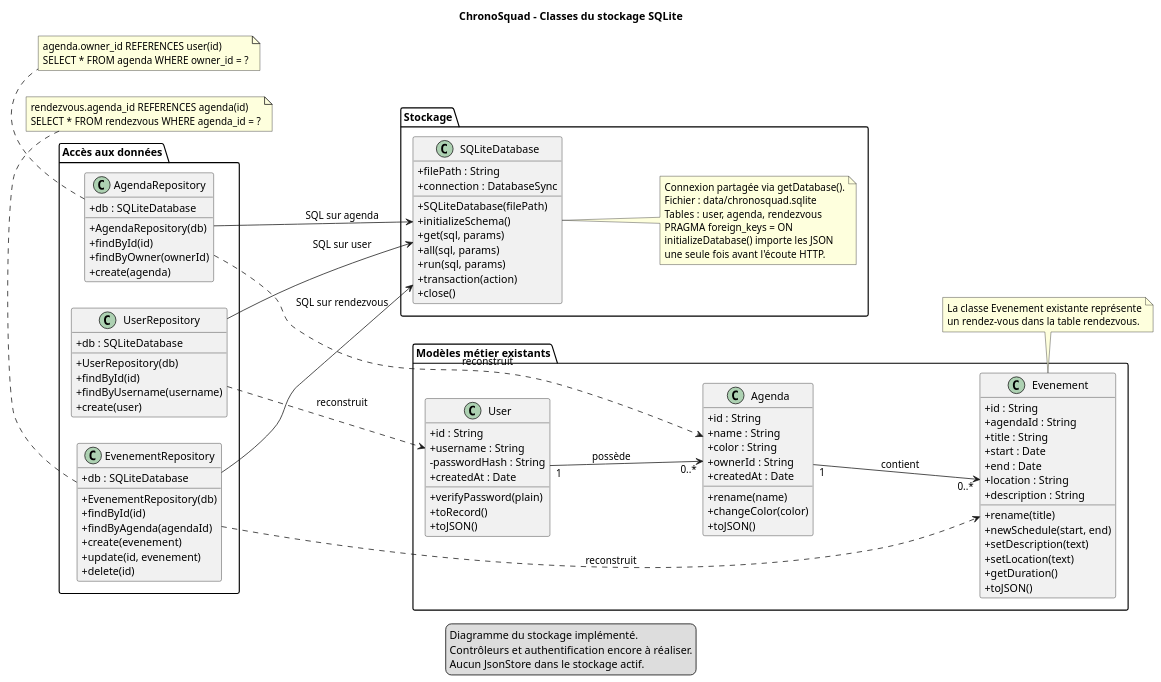
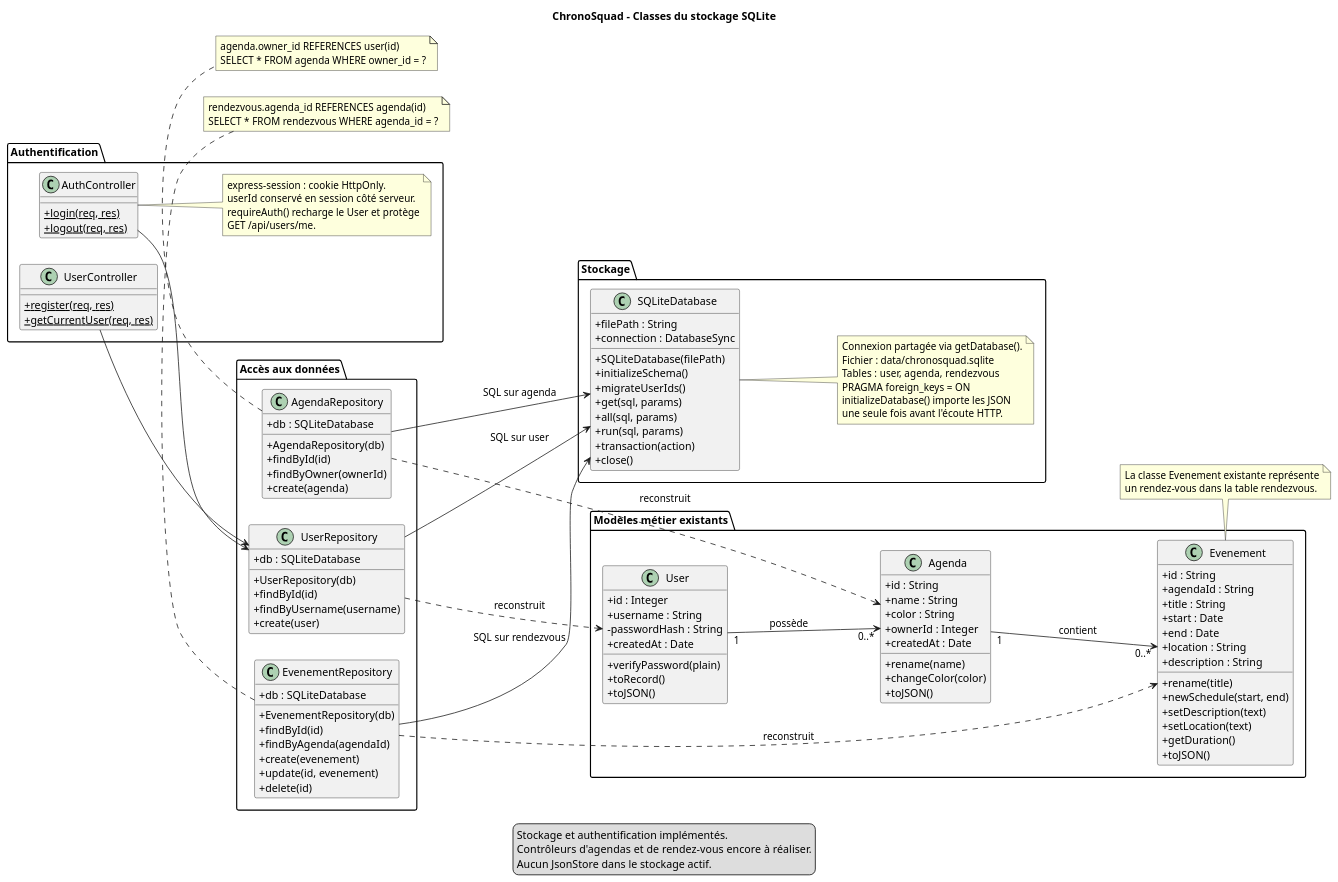
One commit to mbianytabs/ACL2026-ChronoSquad changed the diagram in docs/sprint0/classes-sqlite.puml. Above: the diagram before and after it, drawn with PlantUML. The commit also changed 22 other files, not shown here.

```diff
--- a/docs/sprint0/classes-sqlite.puml
+++ b/docs/sprint0/classes-sqlite.puml
@@ -1,117 +1,136 @@
 @startuml
 title ChronoSquad - Classes du stockage SQLite
 left to right direction
 skinparam classAttributeIconSize 0
 
 package "Modèles métier existants" {
     class User {
-        +id : String
+        +id : Integer
         +username : String
         -passwordHash : String
         +createdAt : Date
         +verifyPassword(plain)
         +toRecord()
         +toJSON()
     }
     class Agenda {
         +id : String
         +name : String
         +color : String
-        +ownerId : String
+        +ownerId : Integer
         +createdAt : Date
         +rename(name)
         +changeColor(color)
         +toJSON()
     }
     class Evenement {
         +id : String
         +agendaId : String
         +title : String
         +start : Date
         +end : Date
         +location : String
         +description : String
         +rename(title)
         +newSchedule(start, end)
         +setDescription(text)
         +setLocation(text)
         +getDuration()
         +toJSON()
     }
 }
 
 package "Accès aux données" {
     class UserRepository {
         +db : SQLiteDatabase
         +UserRepository(db)
         +findById(id)
         +findByUsername(username)
         +create(user)
     }
     class AgendaRepository {
         +db : SQLiteDatabase
         +AgendaRepository(db)
         +findById(id)
         +findByOwner(ownerId)
         +create(agenda)
     }
     class EvenementRepository {
         +db : SQLiteDatabase
         +EvenementRepository(db)
         +findById(id)
         +findByAgenda(agendaId)
         +create(evenement)
         +update(id, evenement)
         +delete(id)
     }
 }
 
 package "Stockage" {
     class SQLiteDatabase {
         +filePath : String
         +connection : DatabaseSync
         +SQLiteDatabase(filePath)
         +initializeSchema()
+        +migrateUserIds()
         +get(sql, params)
         +all(sql, params)
         +run(sql, params)
         +transaction(action)
         +close()
     }
     note right of SQLiteDatabase
         Connexion partagée via getDatabase().
         Fichier : data/chronosquad.sqlite
         Tables : user, agenda, rendezvous
         PRAGMA foreign_keys = ON
         initializeDatabase() importe les JSON
         une seule fois avant l'écoute HTTP.
     end note
 }
 
+package "Authentification" {
+    class UserController {
+        {static} +register(req, res)
+        {static} +getCurrentUser(req, res)
+    }
+    class AuthController {
+        {static} +login(req, res)
+        {static} +logout(req, res)
+    }
+    note right of AuthController
+        express-session : cookie HttpOnly.
+        userId conservé en session côté serveur.
+        requireAuth() recharge le User et protège
+        GET /api/users/me.
+    end note
+}
+UserController --> UserRepository
+AuthController --> UserRepository
 User "1" --> "0..*" Agenda : possède
 Agenda "1" --> "0..*" Evenement : contient
 UserRepository --> SQLiteDatabase : SQL sur user
 AgendaRepository --> SQLiteDatabase : SQL sur agenda
 EvenementRepository --> SQLiteDatabase : SQL sur rendezvous
 UserRepository ..> User : reconstruit
 AgendaRepository ..> Agenda : reconstruit
 EvenementRepository ..> Evenement : reconstruit
 
 note bottom of Evenement
     La classe Evenement existante représente
     un rendez-vous dans la table rendezvous.
 end note
 note bottom of AgendaRepository
     agenda.owner_id REFERENCES user(id)
     SELECT * FROM agenda WHERE owner_id = ?
 end note
 note bottom of EvenementRepository
     rendezvous.agenda_id REFERENCES agenda(id)
     SELECT * FROM rendezvous WHERE agenda_id = ?
 end note
 legend bottom
-    Diagramme du stockage implémenté.
-    Contrôleurs et authentification encore à réaliser.
+    Stockage et authentification implémentés.
+    Contrôleurs d'agendas et de rendez-vous encore à réaliser.
     Aucun JsonStore dans le stockage actif.
 endlegend
 @enduml
```
